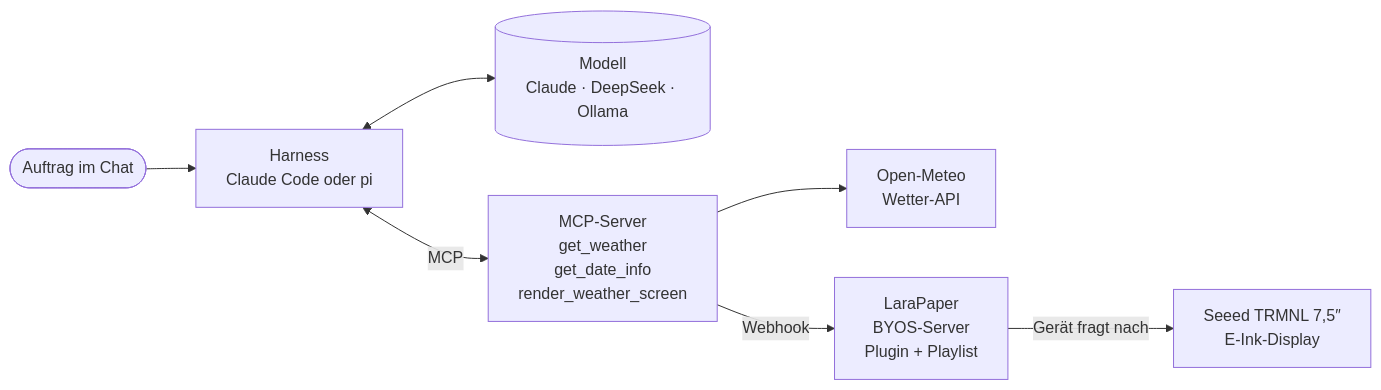
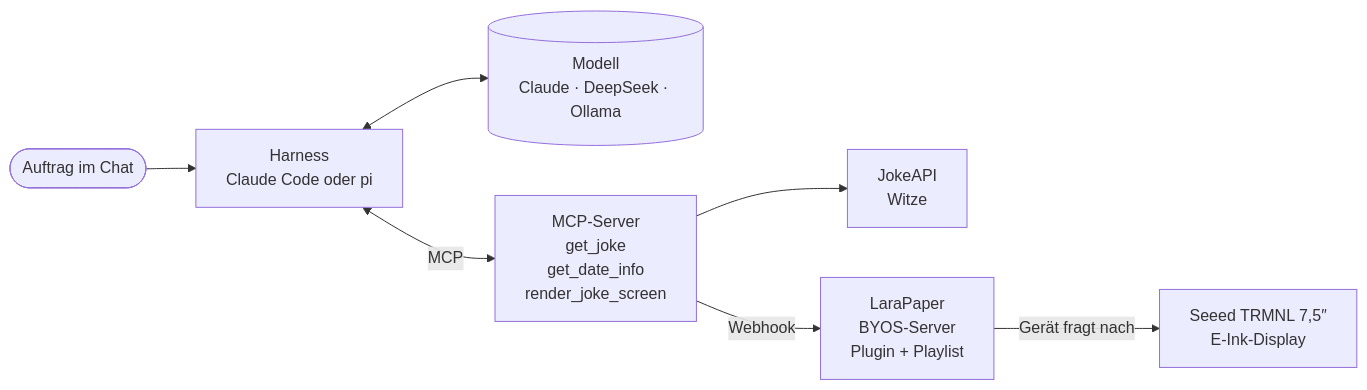
The diagram in docs-guide/index.md (Stiriacus/TRMNL-MCP), drawn with Mermaid before and after one commit. The commit also changed other lines of this file and 10 other files, not shown here.

First line of the commit message:
Guide: Beispielprojekt von Wetter auf JokeAPI umgestellt

````diff
--- a/docs-guide/index.md
+++ b/docs-guide/index.md
@@ -56,9 +57,9 @@
 ```mermaid
 flowchart LR
     U([Auftrag im Chat]) --> H[Harness<br/>Claude Code oder pi]
     H <--> M[(Modell<br/>Claude · DeepSeek · Ollama)]
-    H <-->|MCP| S[MCP-Server<br/>get_weather<br/>get_date_info<br/>render_weather_screen]
-    S --> W[Open-Meteo<br/>Wetter-API]
+    H <-->|MCP| S[MCP-Server<br/>get_joke<br/>get_date_info<br/>render_joke_screen]
+    S --> W[JokeAPI<br/>Witze]
     S -->|Webhook| B[LaraPaper<br/>BYOS-Server<br/>Plugin + Playlist]
     B -->|Gerät fragt nach| D[Seeed TRMNL 7,5″<br/>E-Ink-Display]
 ```
````
